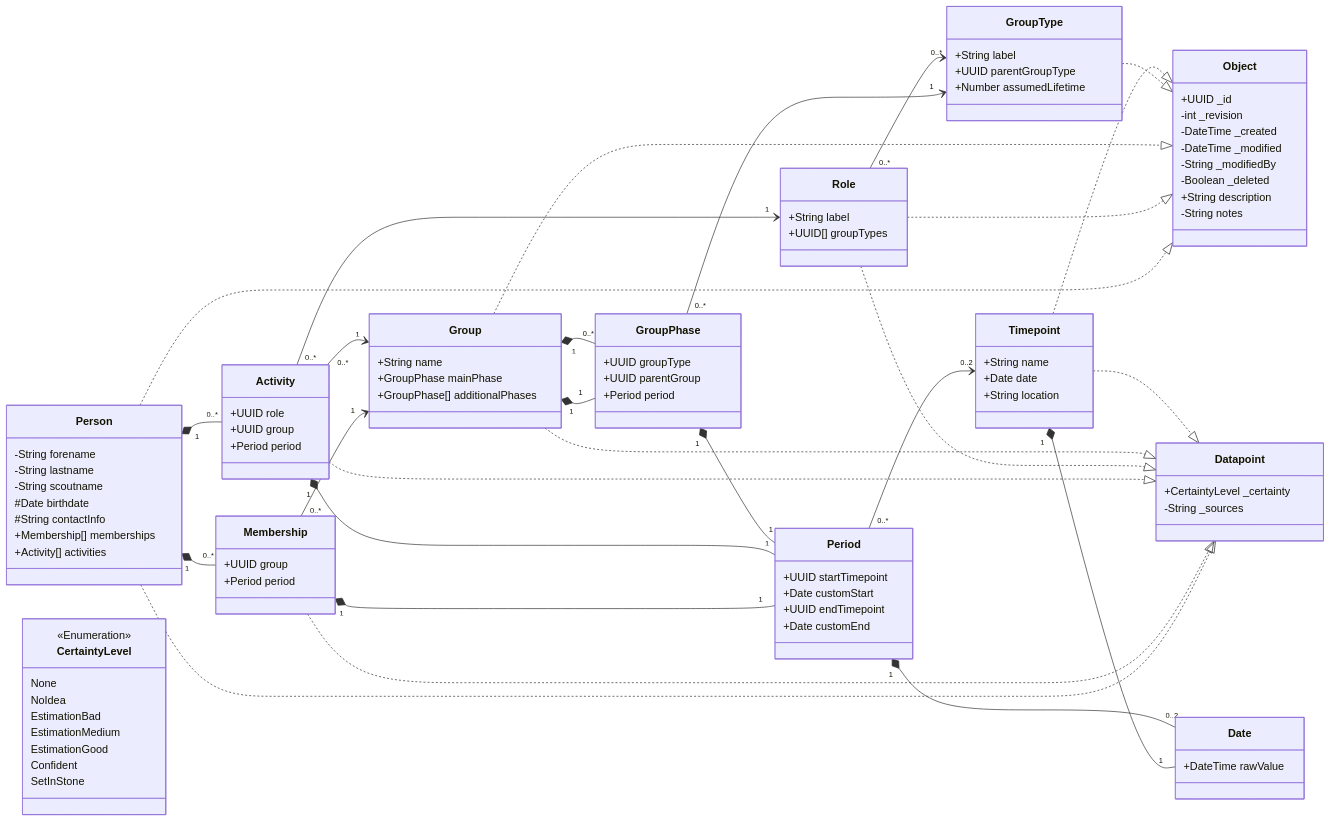
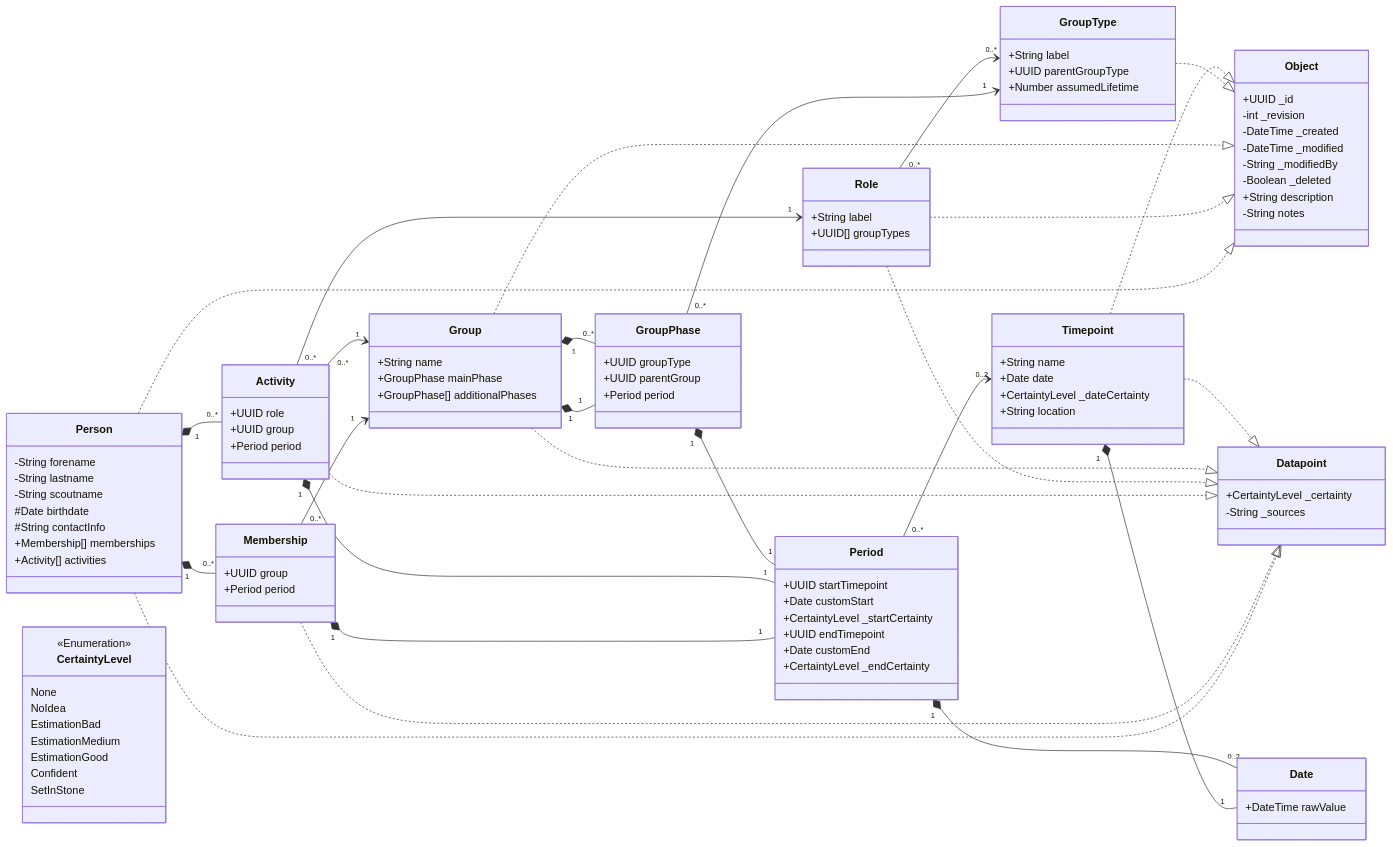
The diagram in README.md (jrichter42/StammbaumDerVaganten), drawn with Mermaid before and after one commit. The commit also changed other lines of this file and 4 other files, not shown here.

Commit message:
feat: date certainty

```diff
--- a/README.md
+++ b/README.md
@@ -166,14 +166,17 @@
   +UUID startTimepoint
   %% Only valid when no startTimepoint is set
   +Date customStart
+  +CertaintyLevel _startCertainty
   +UUID endTimepoint
   %% Only valid when no endTimepoint is set
   +Date customEnd
+  +CertaintyLevel _endCertainty
 }
 
 class Timepoint {
   +String name
   +Date date
+  +CertaintyLevel _dateCertainty
   +String location
 }
 Timepoint ..|> Object
```
